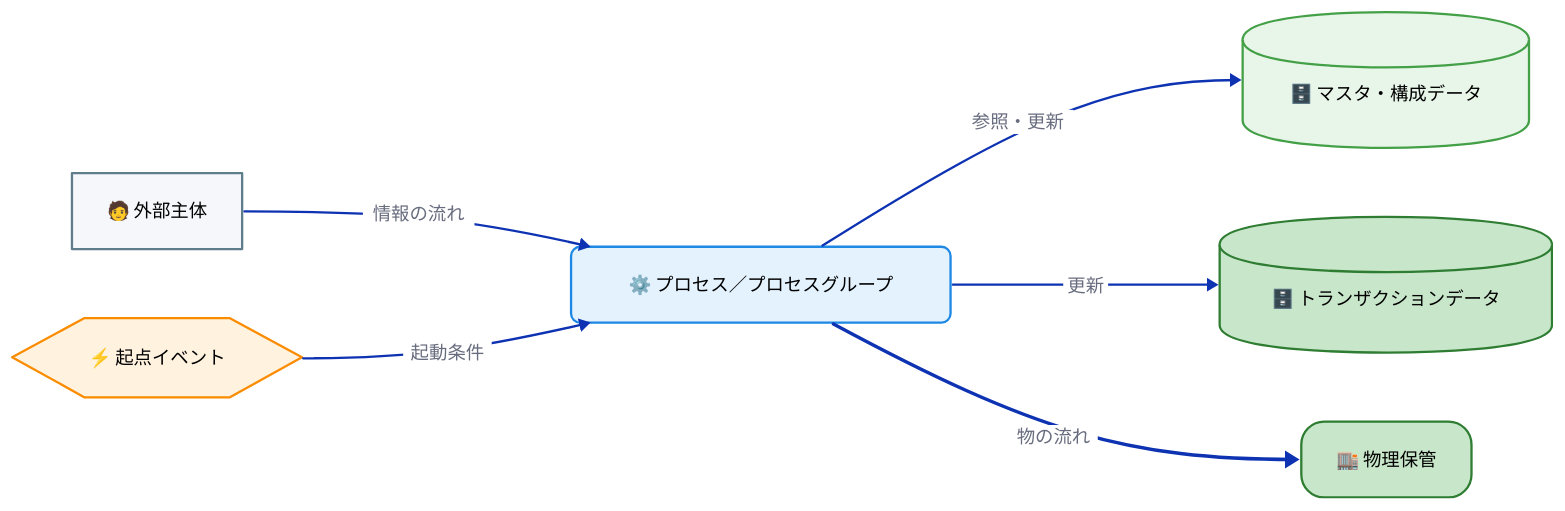
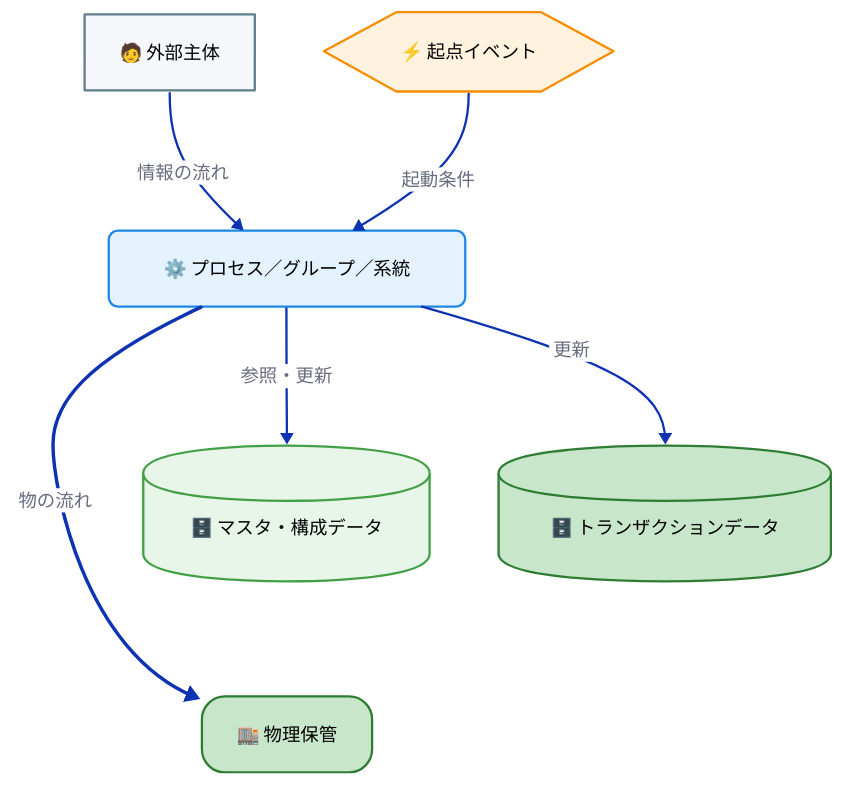
The fourth of 4 diagrams in docs/ja/product/010-business-specs/010-data-flow/cdfd-overview.md (specdojo/specdojo), drawn with D2 before and after one commit. The commit also changed other lines of this file and 5 other files, not shown here.

Commit message:
exec(T-DATA-FLOW-USAGE-cdfd-overview-010): apply task changes

````diff
--- a/docs/ja/product/010-business-specs/010-data-flow/cdfd-overview.md
+++ b/docs/ja/product/010-business-specs/010-data-flow/cdfd-overview.md
@@ -622,5 +429,5 @@
 ```d2
-direction: right
+direction: down
 
 classes: {
   process: {
@@ -686,7 +493,7 @@
 event_node: "⚡ 起点イベント" {
   class: event
 }
-process_node: "⚙️ プロセス／プロセスグループ" {
+process_node: "⚙️ プロセス／グループ／系統" {
   class: process
 }
 master_store: "🗄️ マスタ・構成データ" {
@@ -706,4 +513,8 @@
 process_node -> physical_store_node: "物の流れ" {
   class: material_flow
 }
+
+# 配置制御用（受け渡しではない）: 物理保管をデータストアより下に置く
+master_store -> physical_store_node: {style.opacity: 0}
+transaction_store -> physical_store_node: {style.opacity: 0}
 ```
````
